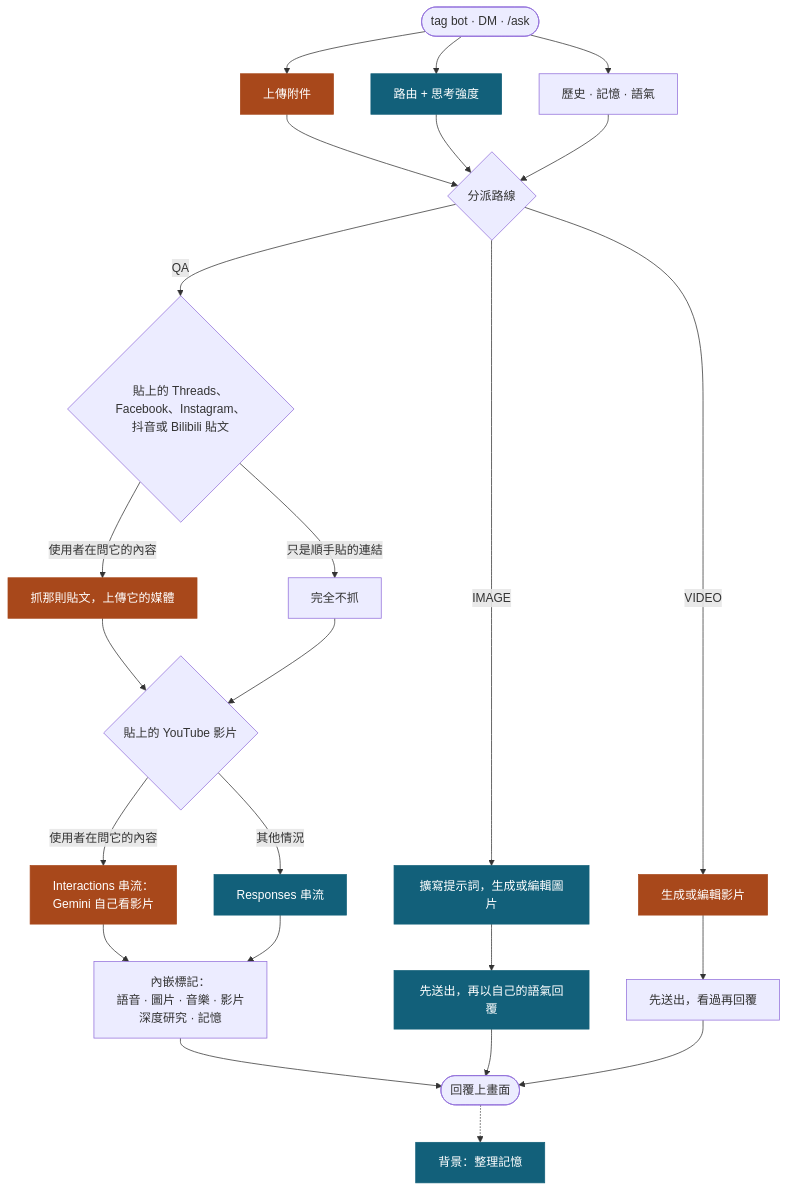
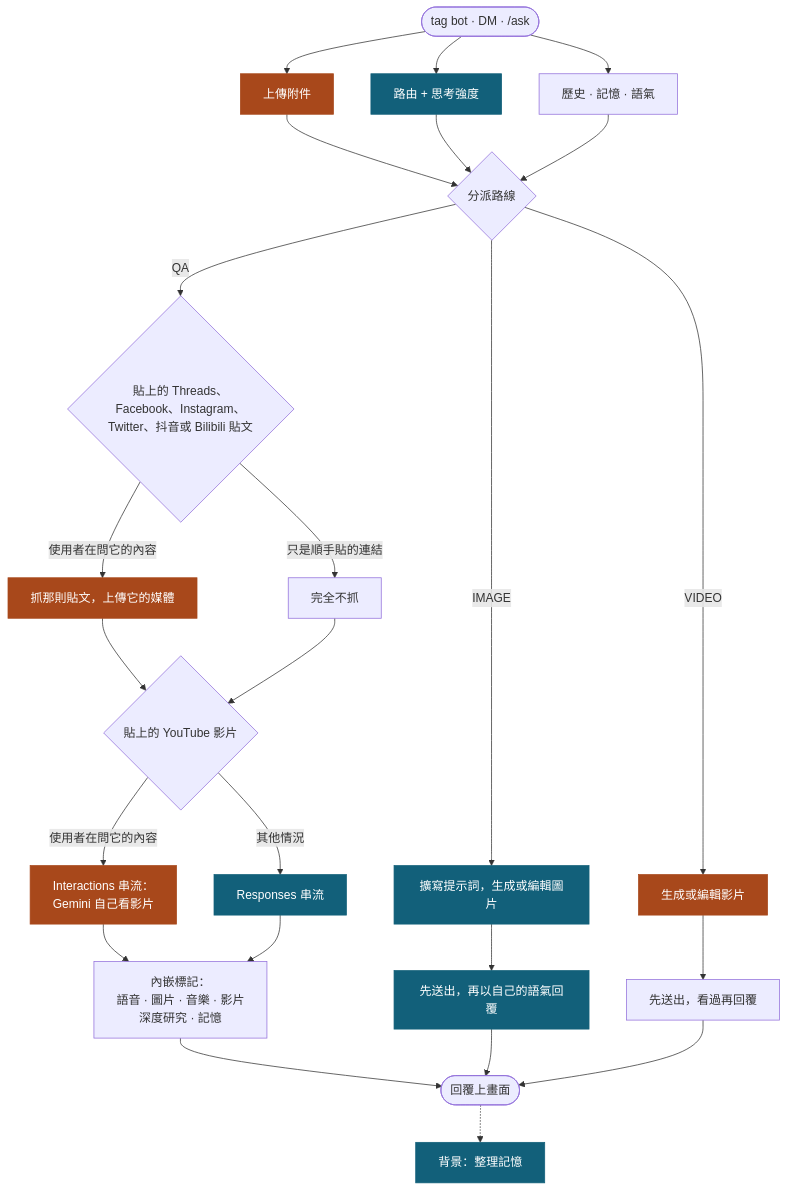
One commit to Mai0313/discordbot changed the diagram in README.zh-TW.md. Above: the diagram before and after it, drawn with Mermaid. The commit also changed other lines of this file and 37 other files, not shown here.

````diff
--- a/README.zh-TW.md
+++ b/README.zh-TW.md
@@ -43,33 +43,33 @@
 ```mermaid
 flowchart TD
     U(["tag bot · DM · /ask"]) --> UP & RT & CX
 
     UP["上傳附件"]
     RT["路由 + 思考強度"]
     CX["歷史 · 記憶 · 語氣"]
 
     UP & RT & CX --> R{"分派路線"}
 
-    R -->|QA| L{"貼上的 Threads、Facebook、Instagram、<br/>抖音或 Bilibili 貼文"}
+    R -->|QA| L{"貼上的 Threads、Facebook、Instagram、<br/>Twitter、抖音或 Bilibili 貼文"}
     L -->|"使用者在問它的內容"| LF["抓那則貼文，上傳它的媒體"]
     L -->|"只是順手貼的連結"| LS["完全不抓"]
     LF & LS --> Y{"貼上的 YouTube 影片"}
     Y -->|"使用者在問它的內容"| YT["Interactions 串流：<br/>Gemini 自己看影片"]
     Y -->|"其他情況"| QS["Responses 串流"]
     YT & QS --> Q2["內嵌標記：<br/>語音 · 圖片 · 音樂 · 影片<br/>深度研究 · 記憶"]
 
     R -->|IMAGE| I1["擴寫提示詞，生成或編輯圖片"]
     I1 --> I2["先送出，再以自己的語氣回覆"]
     R -->|VIDEO| V1["生成或編輯影片"]
     V1 --> V2["先送出，看過再回覆"]
 
     Q2 --> OUT(["回覆上畫面"])
     I2 --> OUT
     V2 --> OUT
     OUT -.-> MM["背景：整理記憶"]
 
     classDef proxy fill:#12607a,stroke:#12607a,color:#ffffff
     classDef direct fill:#a8481b,stroke:#a8481b,color:#ffffff
     class RT,QS,I1,I2,MM proxy
     class UP,LF,YT,V1 direct
 ```
````
